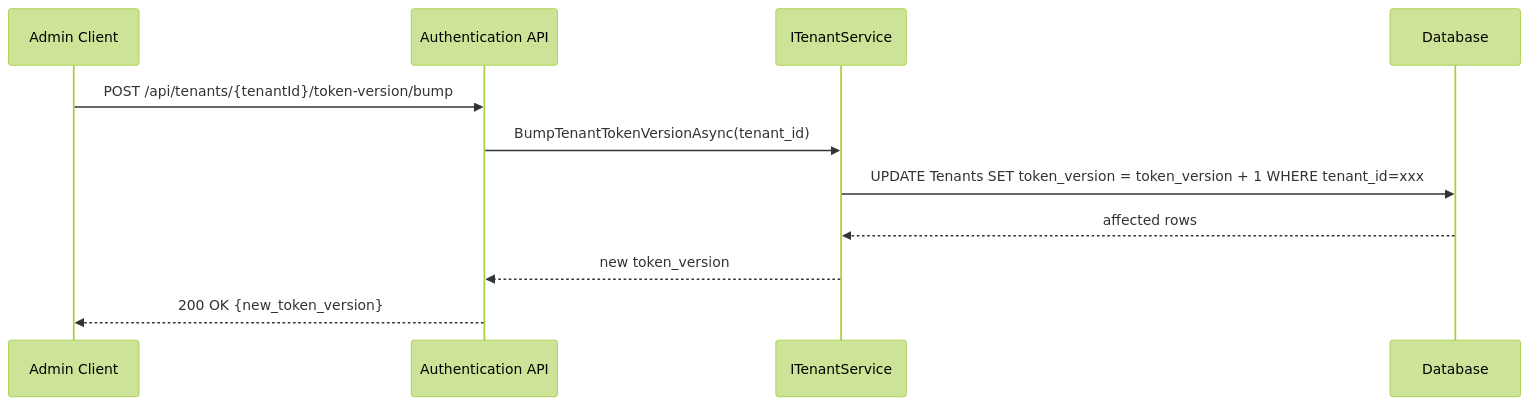
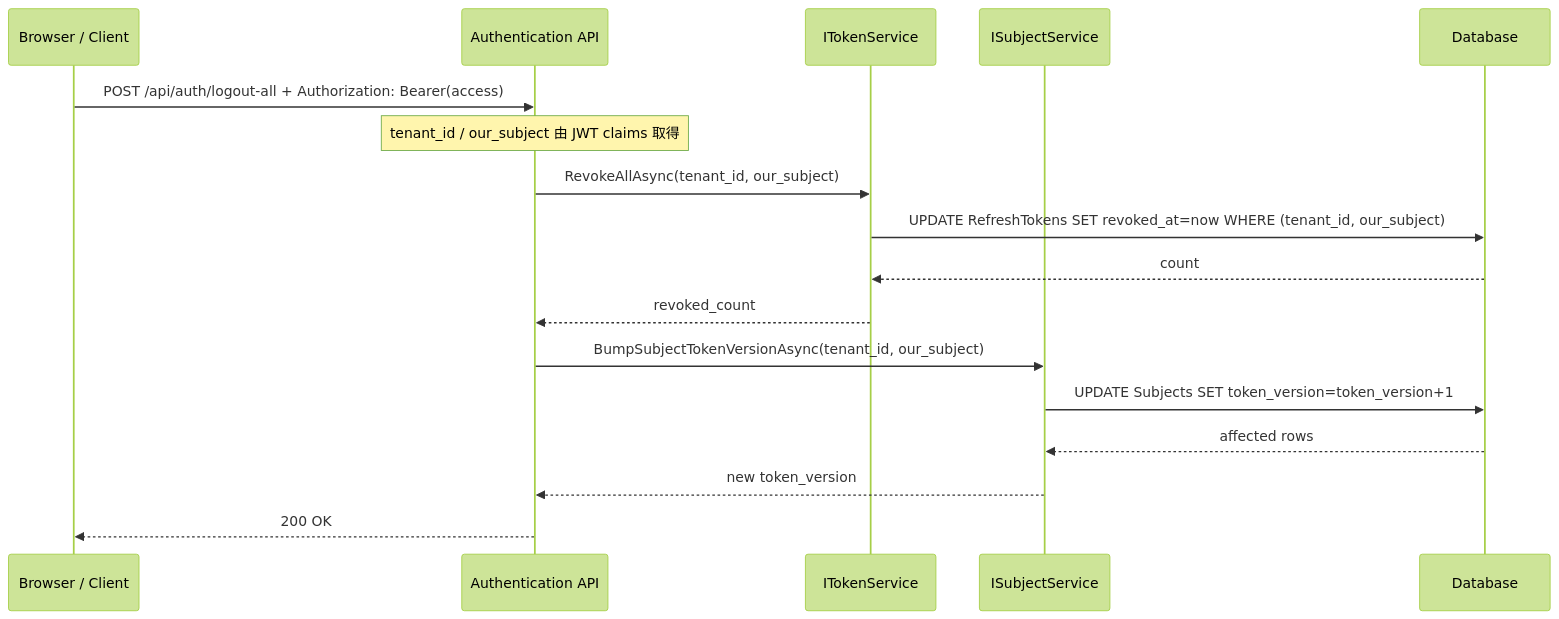
The seventh of 10 diagrams in docs/SequenceDiagrams.md (Bird73/Service), drawn with Mermaid (forest theme) before and after one commit. The commit also changed other lines of this file and 2 other files, not shown here.

Commit message:
Fix sequence diagrams (PKCE/nonce, authz claims) and add denylist abstraction

````diff
--- a/docs/SequenceDiagrams.md
+++ b/docs/SequenceDiagrams.md
@@ -214,14 +257,20 @@
 ```mermaid
 sequenceDiagram
-    participant Admin as Admin Client
+    participant B as Browser / Client
     participant API as Authentication API
-    participant TS as ITenantService
+    participant TS as ITokenService
+    participant SS as ISubjectService
     participant DB as Database
 
-    Admin->>API: POST /api/tenants/{tenantId}/token-version/bump
-    API->>TS: BumpTenantTokenVersionAsync(tenant_id)
-    TS->>DB: UPDATE Tenants SET token_version = token_version + 1 WHERE tenant_id=xxx
-    DB-->>TS: affected rows
-    TS-->>API: new token_version
-    API-->>Admin: 200 OK {new_token_version}
+    B->>API: POST /api/auth/logout-all + Authorization: Bearer(access)
+    note over API: tenant_id / our_subject 由 JWT claims 取得
+    API->>TS: RevokeAllAsync(tenant_id, our_subject)
+    TS->>DB: UPDATE RefreshTokens SET revoked_at=now WHERE (tenant_id, our_subject)
+    DB-->>TS: count
+    TS-->>API: revoked_count
+    API->>SS: BumpSubjectTokenVersionAsync(tenant_id, our_subject)
+    SS->>DB: UPDATE Subjects SET token_version=token_version+1
+    DB-->>SS: affected rows
+    SS-->>API: new token_version
+    API-->>B: 200 OK
 ```
````
